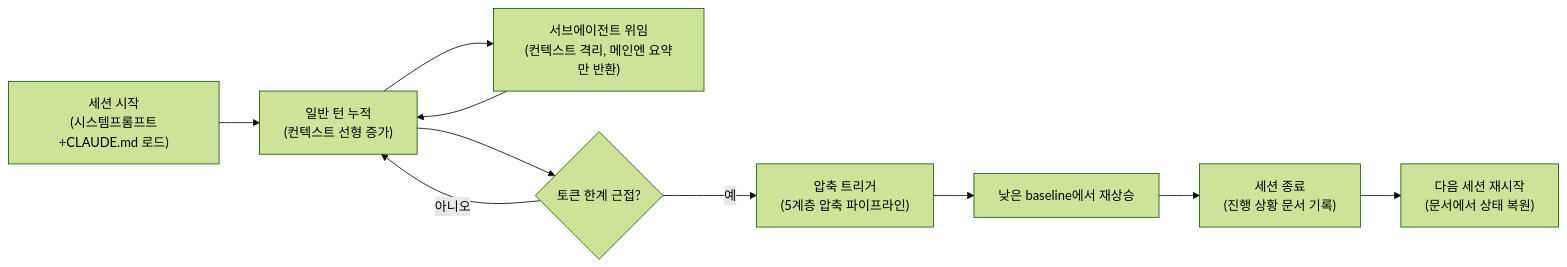
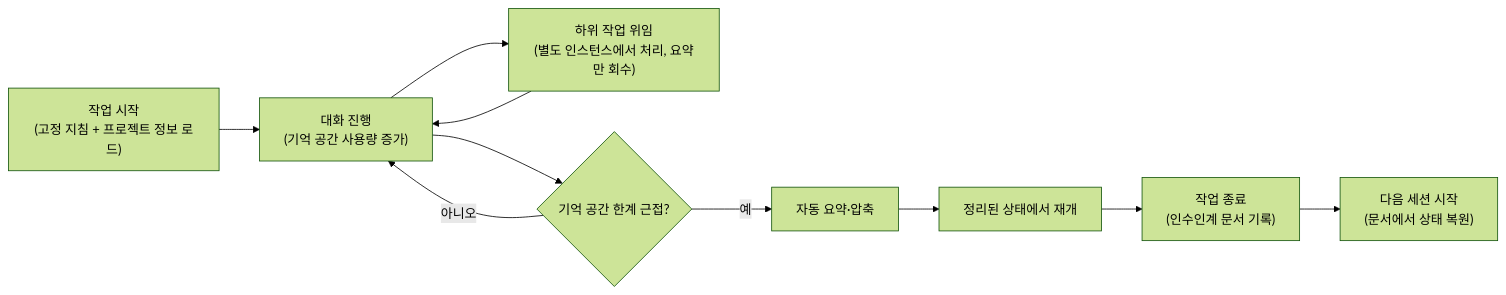
One commit to 21-Arbiter/Tech_Storage changed the third of 3 diagrams in 기술동향/2026-07-21-claude-code-harness.md. Above: the diagram before and after it, drawn with Mermaid (forest theme). The commit also changed other lines of this file, not shown here.

Commit message:
기술동향: Claude 특정 내용에서 하네스 엔지니어링 일반 개념으로 재구성, 팀 실전 사례 추가

````diff
--- a/기술동향/2026-07-21-claude-code-harness.md
+++ b/기술동향/2026-07-21-claude-code-harness.md
@@ -67,12 +84,12 @@
 ```mermaid
 flowchart LR
-    S["세션 시작<br/>(시스템프롬프트+CLAUDE.md 로드)"] --> T1["일반 턴 누적<br/>(컨텍스트 선형 증가)"]
-    T1 --> SA["서브에이전트 위임<br/>(컨텍스트 격리, 메인엔 요약만 반환)"]
+    S["작업 시작<br/>(고정 지침 + 프로젝트 정보 로드)"] --> T1["대화 진행<br/>(기억 공간 사용량 증가)"]
+    T1 --> SA["하위 작업 위임<br/>(별도 인스턴스에서 처리, 요약만 회수)"]
     SA --> T1
-    T1 --> C1{토큰 한계 근접?}
+    T1 --> C1{기억 공간 한계 근접?}
     C1 -->|아니오| T1
-    C1 -->|예| CP["압축 트리거<br/>(5계층 압축 파이프라인)"]
-    CP --> T2["낮은 baseline에서 재상승"]
-    T2 --> EOS["세션 종료<br/>(진행 상황 문서 기록)"]
-    EOS --> NS["다음 세션 재시작<br/>(문서에서 상태 복원)"]
+    C1 -->|예| CP[자동 요약·압축]
+    CP --> T2["정리된 상태에서 재개"]
+    T2 --> EOS["작업 종료<br/>(인수인계 문서 기록)"]
+    EOS --> NS["다음 세션 시작<br/>(문서에서 상태 복원)"]
 ```
````
